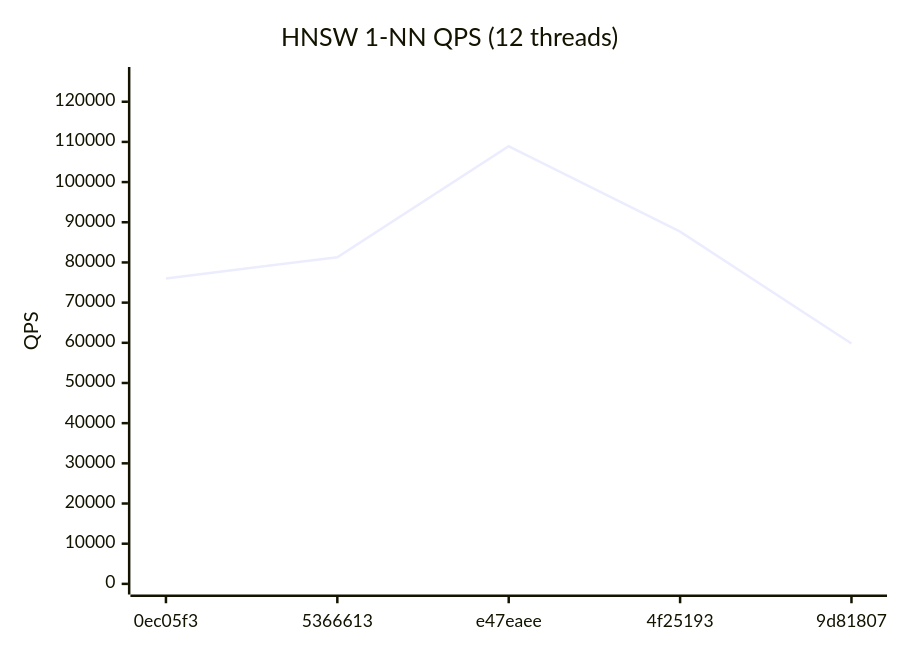
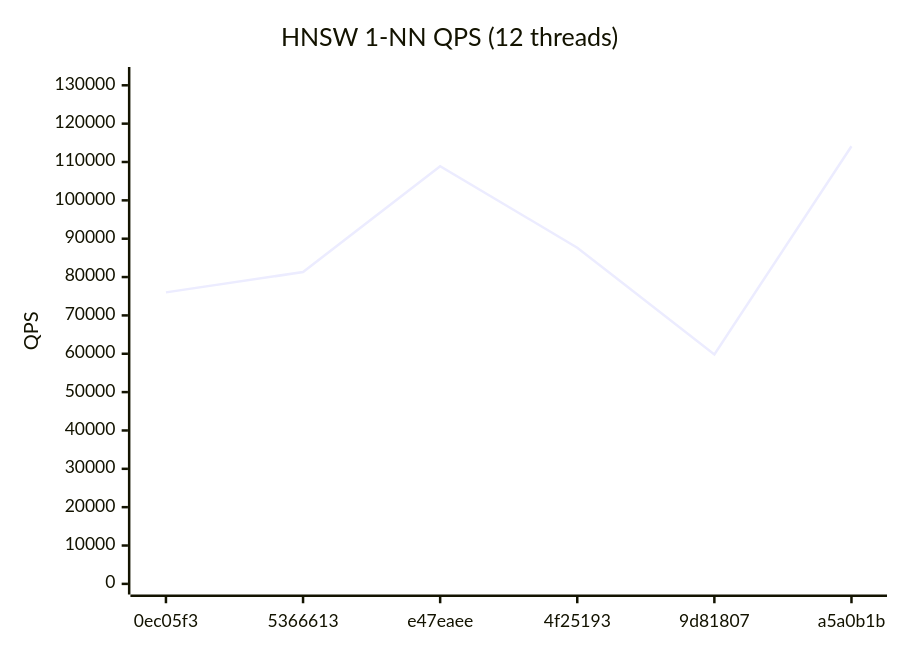
One commit to bibidhSubedi0/RedBoxDb changed the second of 4 diagrams in benchmarks/REPORT.md. Above: the diagram before and after it, drawn with Mermaid. The commit also changed other lines of this file and 1 other file, not shown here.

````diff
--- a/benchmarks/REPORT.md
+++ b/benchmarks/REPORT.md
@@ -29,7 +29,7 @@
 ```mermaid
 xychart-beta
   title "HNSW 1-NN QPS (12 threads)"
-  x-axis ["0ec05f3", "5366613", "e47eaee", "4f25193", "9d81807"]
-  y-axis "QPS" 0 --> 126000
-  line [76009, 81296, 108905, 87655, 59834]
+  x-axis ["0ec05f3", "5366613", "e47eaee", "4f25193", "9d81807", "a5a0b1b"]
+  y-axis "QPS" 0 --> 132000
+  line [76009, 81296, 108905, 87655, 59834, 114095]
 ```
````
